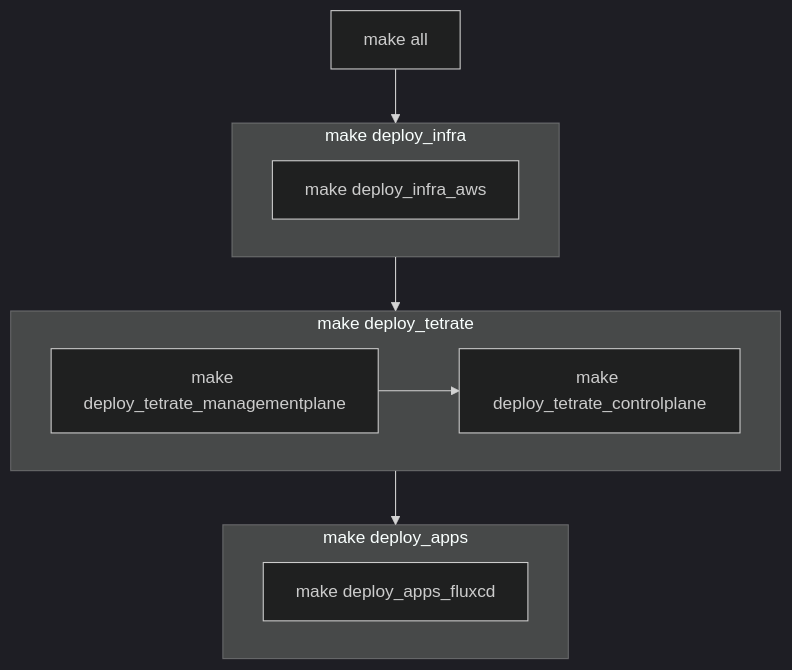
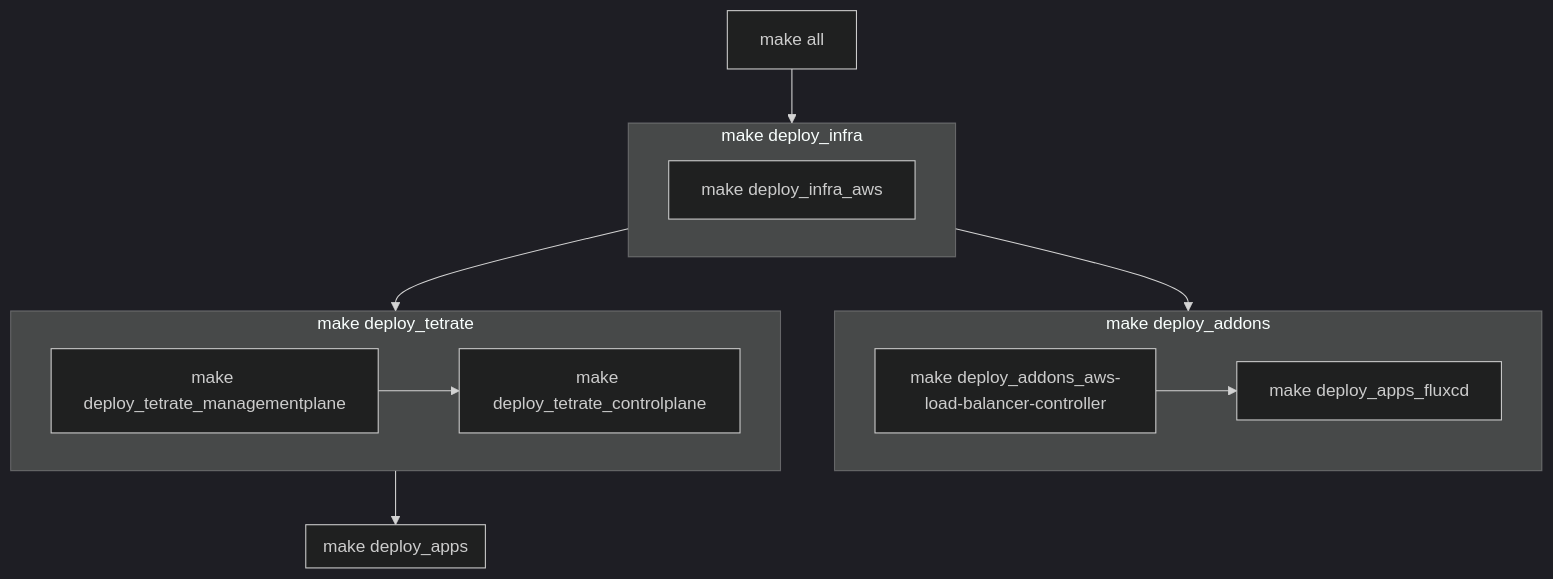
The diagram in README.md (tetratelabs/tetrate-service-express-sandbox), drawn with Mermaid (dark theme) before and after one commit. The commit also changed 10 other files, not shown here.

````diff
--- a/README.md
+++ b/README.md
@@ -15,16 +15,21 @@
 ```mermaid
   graph TD;
       all[make all] --> infra[make deploy_infra]
       subgraph infra[make deploy_infra]
         infra_aws[make deploy_infra_aws]
+      end
+      infra --> addons[make deploy_addons]
+      subgraph addons[make deploy_addons]
+         aws-load-balancer-controller[make deploy_addons_aws-load-balancer-controller] -->
+         fluxcd[make deploy_addons_fluxcd]
       end
       infra --> tetrate[make deploy_tetrate]
       subgraph tetrate[make deploy_tetrate]
          tetrate_managementplane[make deploy_tetrate_managementplane] -->
          tetrate_controlplane[make deploy_tetrate_controlplane]
       end
       tetrate --> apps[make deploy_apps]
       subgraph apps[make deploy_apps]
          fluxcd[make deploy_apps_fluxcd]
       end
 ```
````
